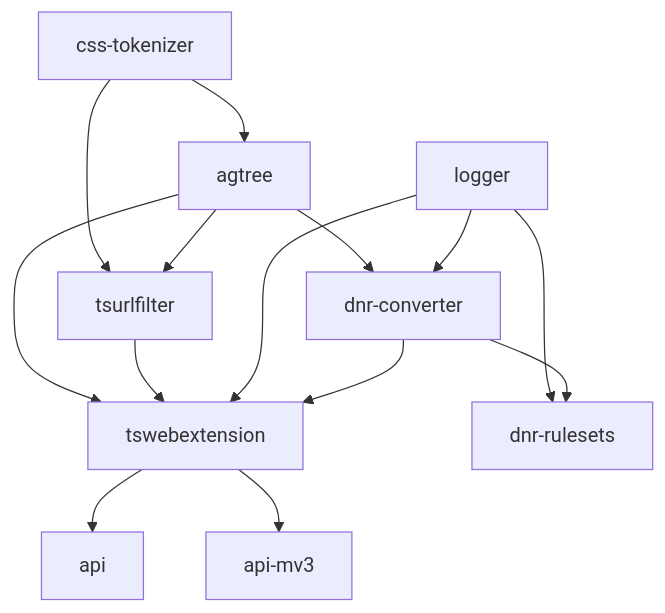
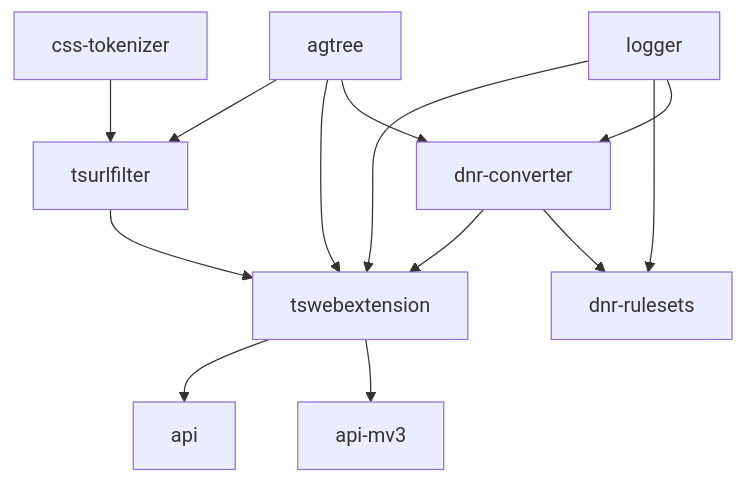
One commit to AdguardTeam/tsurlfilter changed the diagram in AGENTS.md. Above: the diagram before and after it, drawn with Mermaid. The commit also changed 5 other files, not shown here.

````diff
--- a/AGENTS.md
+++ b/AGENTS.md
@@ -56,16 +56,15 @@
 ```mermaid
 graph TD
-    css-tokenizer --> agtree
     css-tokenizer --> tsurlfilter
     agtree --> tsurlfilter
     agtree --> tswebextension
     agtree --> dnr-converter
     tsurlfilter --> tswebextension
     logger --> tswebextension
     logger --> dnr-rulesets
     logger --> dnr-converter
     dnr-converter --> tswebextension
     dnr-converter --> dnr-rulesets
     tswebextension --> api
     tswebextension --> api-mv3
 ```
````
